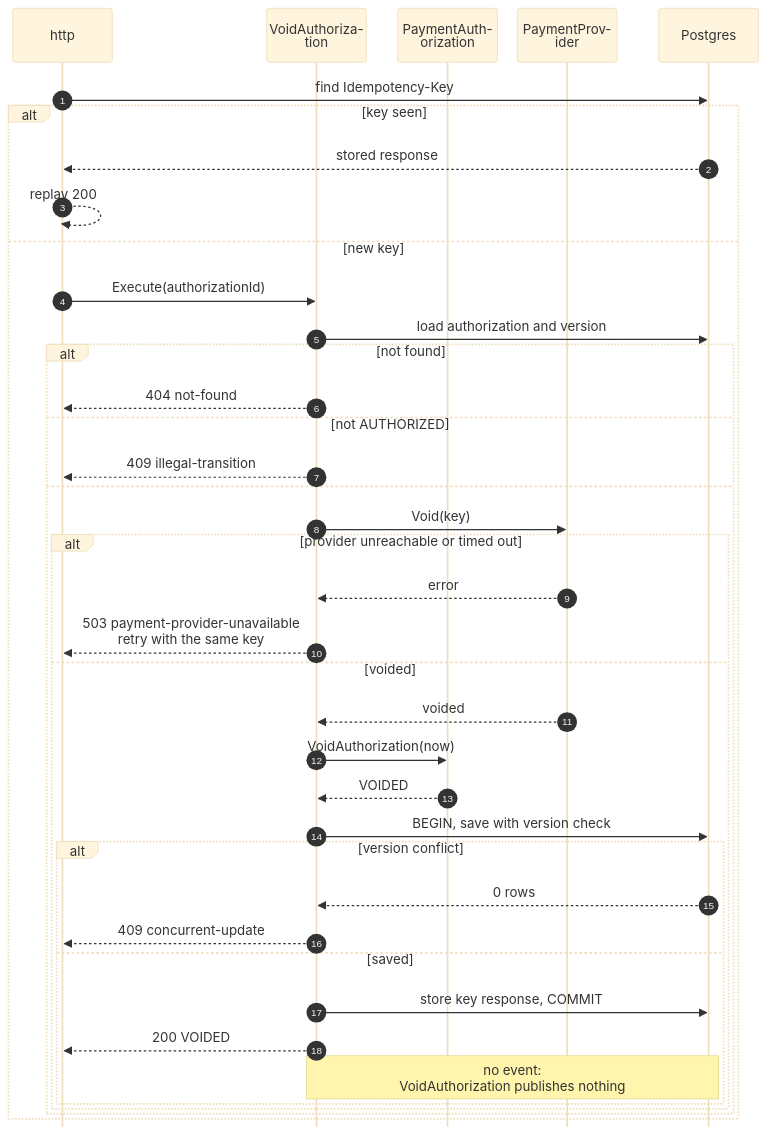
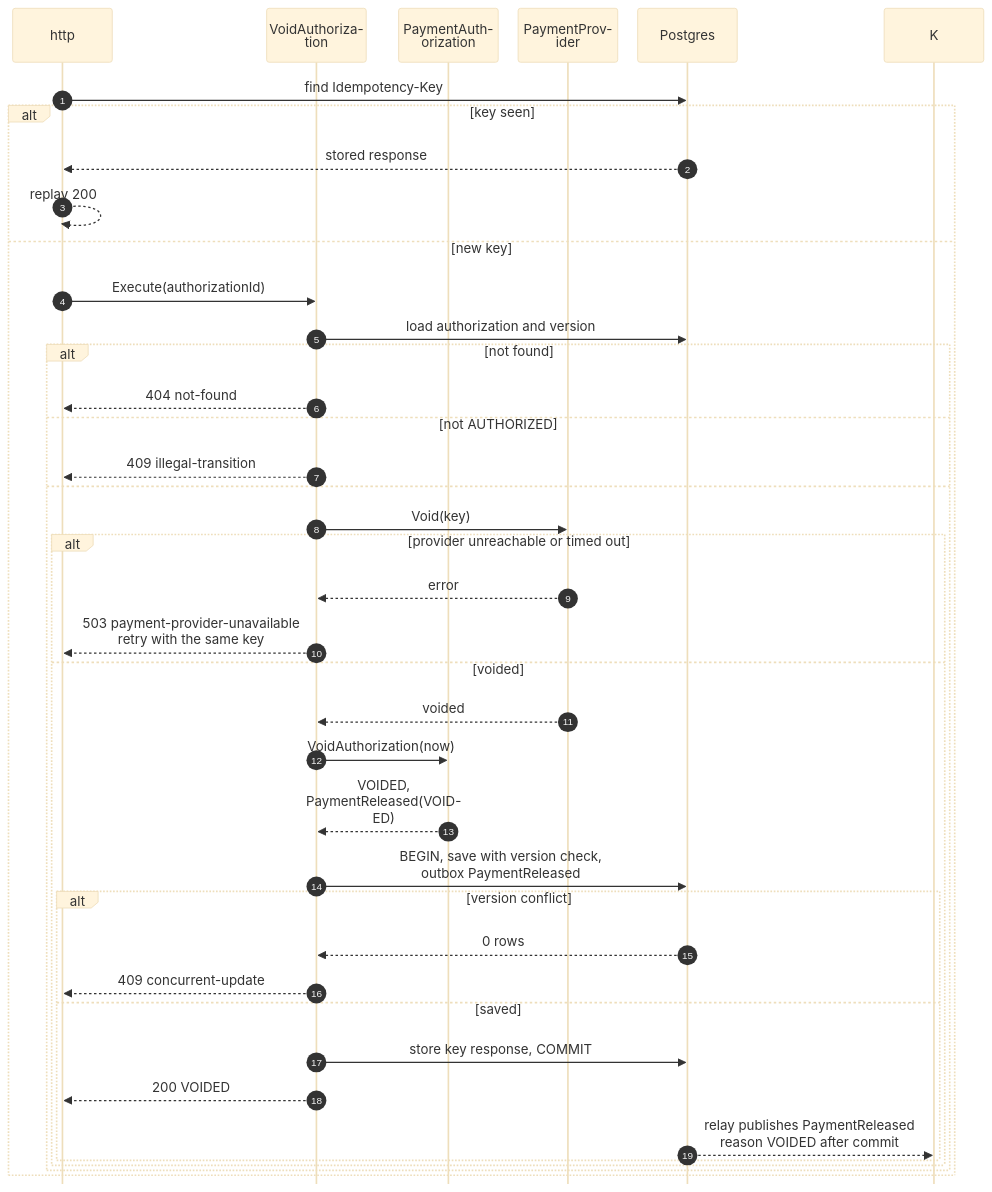
The second of 8 diagrams in storefront/docs/contexts/customer-payments/sequence-diagrams.md (IQVO/warehouse-docs), drawn with Mermaid (base theme) before and after one commit. The commit also changed other lines of this file and 11 other files, not shown here.

````diff
--- a/storefront/docs/contexts/customer-payments/sequence-diagrams.md
+++ b/storefront/docs/contexts/customer-payments/sequence-diagrams.md
@@ -96,42 +96,42 @@
 ```mermaid
 %%{init: {"sequence": {"wrap": true, "width": 120, "actorMargin": 24, "messageMargin": 28, "boxMargin": 6, "noteMargin": 6, "mirrorActors": false}}}%%
 sequenceDiagram
     autonumber
     participant H as http
     participant UC as VoidAuthorization
     participant A as PaymentAuthorization
     participant P as PaymentProvider
     participant DB as Postgres
     H->>DB: find Idempotency-Key
     alt key seen
         DB-->>H: stored response
         H-->>H: replay 200
     else new key
         H->>UC: Execute(authorizationId)
         UC->>DB: load authorization and version
         alt not found
             UC-->>H: 404 not-found
         else not AUTHORIZED
             UC-->>H: 409 illegal-transition
         else
             UC->>P: Void(key)
             alt provider unreachable or timed out
                 P-->>UC: error
                 UC-->>H: 503 payment-provider-unavailable<br/>retry with the same key
             else voided
                 P-->>UC: voided
                 UC->>A: VoidAuthorization(now)
-                A-->>UC: VOIDED
-                UC->>DB: BEGIN, save with version check
+                A-->>UC: VOIDED, PaymentReleased(VOIDED)
+                UC->>DB: BEGIN, save with version check,<br/>outbox PaymentReleased
                 alt version conflict
                     DB-->>UC: 0 rows
                     UC-->>H: 409 concurrent-update
                 else saved
                     UC->>DB: store key response, COMMIT
                     UC-->>H: 200 VOIDED
-                    Note over UC,DB: no event:<br/>VoidAuthorization publishes nothing
+                    DB-->>K: relay publishes PaymentReleased<br/>reason VOIDED after commit
                 end
             end
         end
     end
 ```
````
